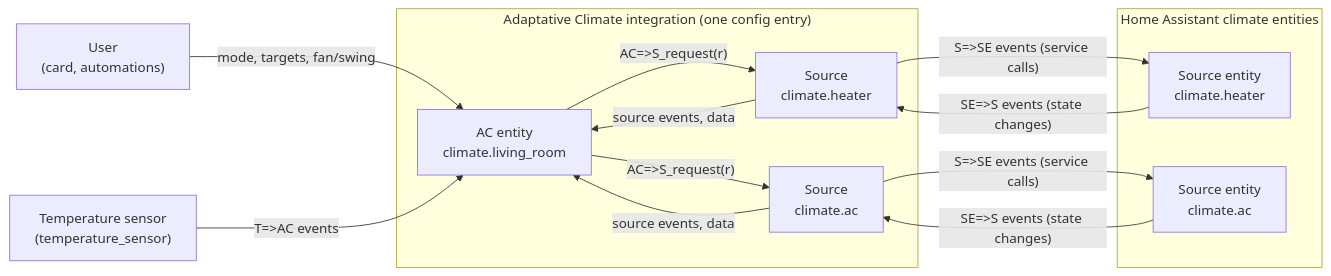
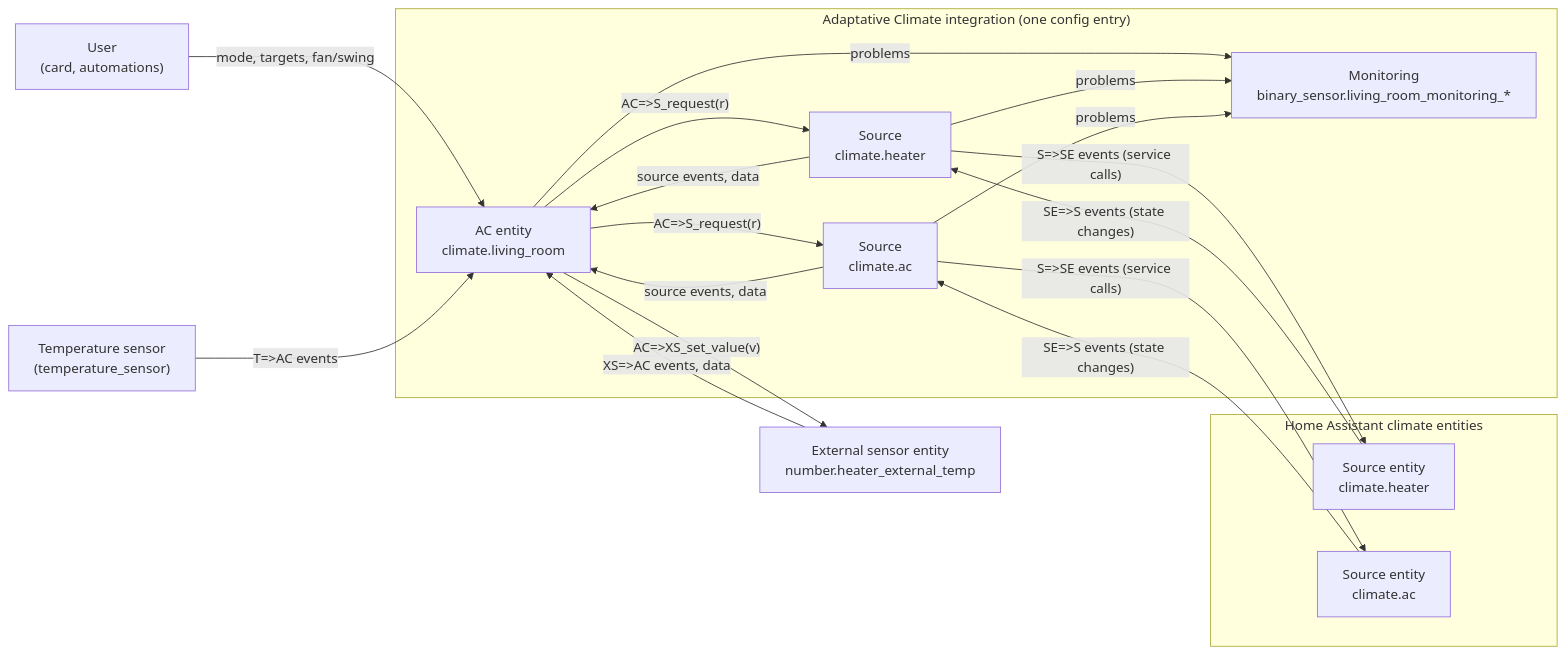
Before and after one commit to marsoupilami25/adaptative-climate: the first of 21 diagrams in SPEC.md, drawn with Mermaid. The commit also changed other lines of this file, not shown here.

````diff
--- a/SPEC.md
+++ b/SPEC.md
@@ -135,24 +136,31 @@
 ```mermaid
 flowchart LR
     U["User<br/>(card, automations)"]
     T["Temperature sensor<br/>(temperature_sensor)"]
     subgraph INT["Adaptative Climate integration (one config entry)"]
         AC["AC entity<br/>climate.living_room"]
         S1["Source<br/>climate.heater"]
         S2["Source<br/>climate.ac"]
+        M["Monitoring<br/>binary_sensor.living_room_monitoring_*"]
     end
     subgraph HA["Home Assistant climate entities"]
         E1["Source entity<br/>climate.heater"]
         E2["Source entity<br/>climate.ac"]
     end
+    XS["External sensor entity<br/>number.heater_external_temp"]
     U -- "mode, targets, fan/swing" --> AC
     T -- "T=>AC events" --> AC
     AC -- "AC=>S_request(r)" --> S1
     AC -- "AC=>S_request(r)" --> S2
     S1 -- "source events, data" --> AC
     S2 -- "source events, data" --> AC
+    AC -- "problems" --> M
+    S1 -- "problems" --> M
+    S2 -- "problems" --> M
+    AC -- "AC=>XS_set_value(v)" --> XS
+    XS -- "XS=>AC events, data" --> AC
     S1 -- "S=>SE events (service calls)" --> E1
     S2 -- "S=>SE events (service calls)" --> E2
     E1 -- "SE=>S events (state changes)" --> S1
     E2 -- "SE=>S events (state changes)" --> S2
 ```
````
